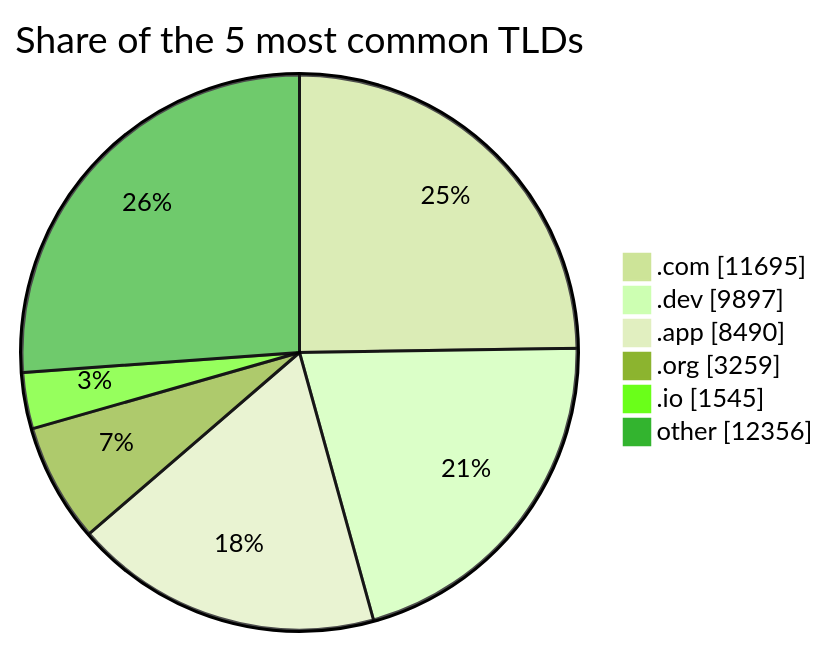
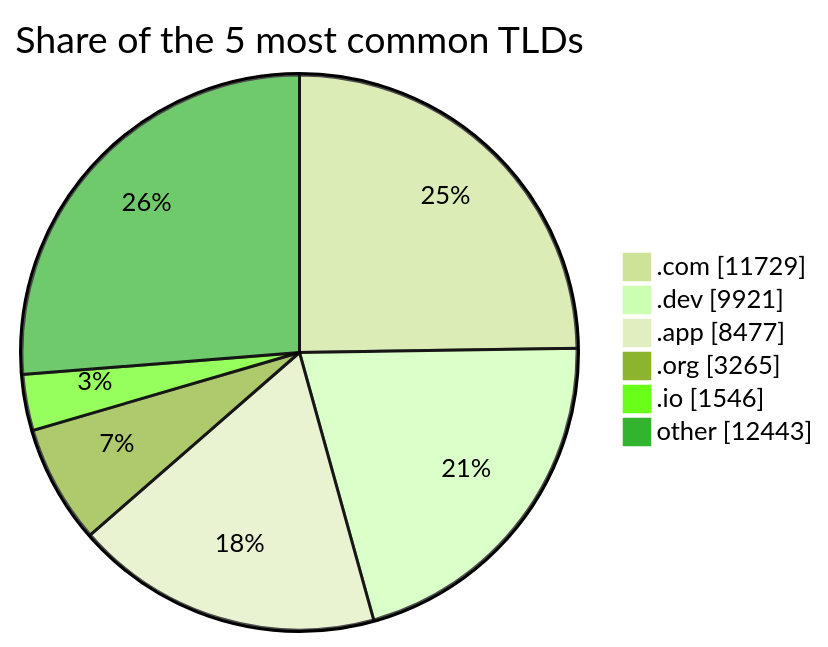
The third of 3 diagrams in README.md (DNSBunker/CTI), drawn with Mermaid (forest theme) before and after one commit. The commit also changed other lines of this file and 3 other files, not shown here.

````diff
--- a/README.md
+++ b/README.md
@@ -81,9 +81,9 @@
 ```mermaid
 pie showData title Share of the 5 most common TLDs
-    ".com" : 11695
-    ".dev" : 9897
-    ".app" : 8490
-    ".org" : 3259
-    ".io" : 1545
-    "other" : 12356
+    ".com" : 11729
+    ".dev" : 9921
+    ".app" : 8477
+    ".org" : 3265
+    ".io" : 1546
+    "other" : 12443
 ```
````
